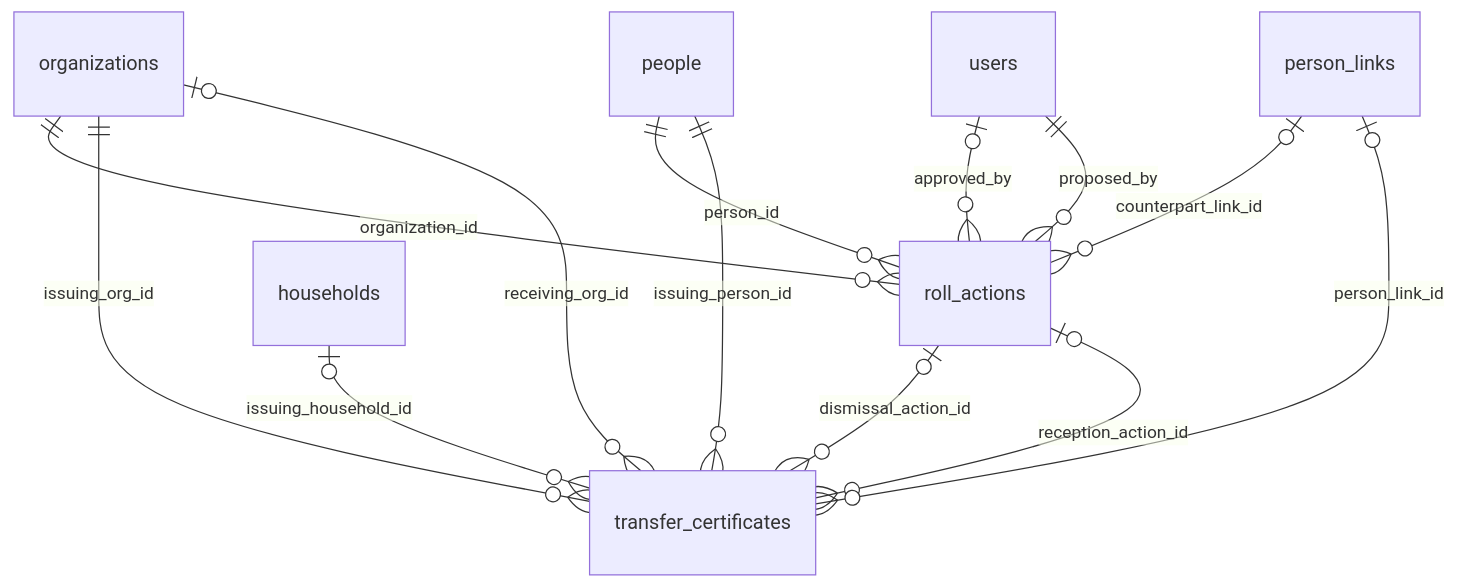
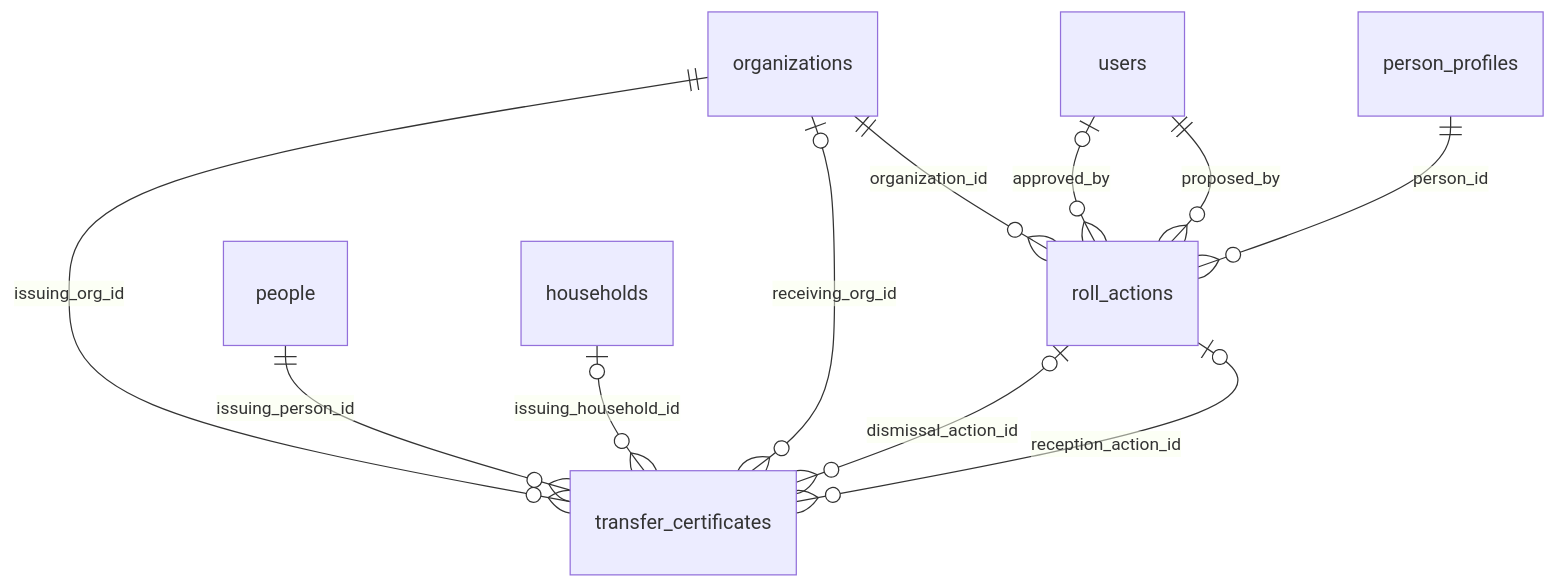
One commit to chenson42/presby changed the fourth of 9 diagrams in docs/schema-design.md. Above: the diagram before and after it, drawn with Mermaid. The commit also changed other lines of this file and 13 other files, not shown here.

First line of the commit message:
refactor(schema): make people global, add person_profiles (D1 reversed)

````diff
--- a/docs/schema-design.md
+++ b/docs/schema-design.md
@@ -155,15 +156,13 @@
 ```mermaid
 erDiagram
   organizations ||--o{ roll_actions : "organization_id"
   users |o--o{ roll_actions : "approved_by"
-  person_links |o--o{ roll_actions : "counterpart_link_id"
   users ||--o{ roll_actions : "proposed_by"
-  people ||--o{ roll_actions : "person_id"
+  person_profiles ||--o{ roll_actions : "person_id"
   organizations ||--o{ transfer_certificates : "issuing_org_id"
   people ||--o{ transfer_certificates : "issuing_person_id"
   households |o--o{ transfer_certificates : "issuing_household_id"
   organizations |o--o{ transfer_certificates : "receiving_org_id"
   roll_actions |o--o{ transfer_certificates : "dismissal_action_id"
   roll_actions |o--o{ transfer_certificates : "reception_action_id"
-  person_links |o--o{ transfer_certificates : "person_link_id"
 ```
````
